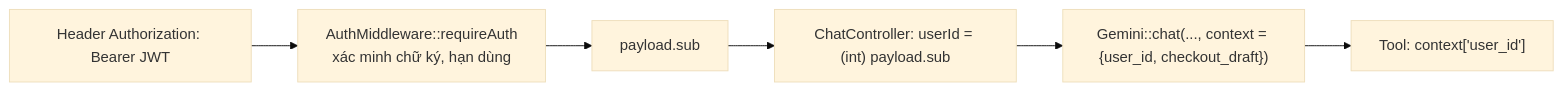
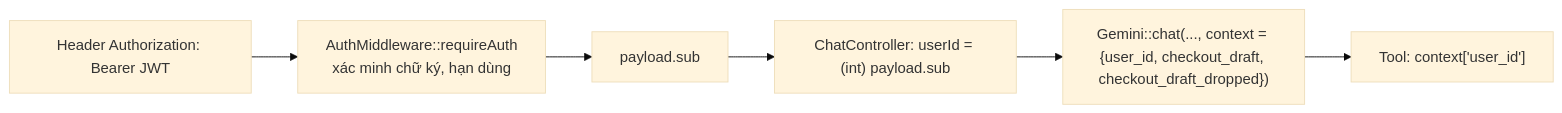
Before and after one commit to zdevlongnguz-blip/du-an-1: the third of 3 diagrams in docs/chat-ai/len-don-nhanh/04-tool-be.md, drawn with Mermaid (base theme). The commit also changed other lines of this file and 7 other files, not shown here.

````diff
--- a/docs/chat-ai/len-don-nhanh/04-tool-be.md
+++ b/docs/chat-ai/len-don-nhanh/04-tool-be.md
@@ -240,8 +273,8 @@
 ```mermaid
 flowchart LR
     H["Header Authorization: Bearer JWT"] --> M["AuthMiddleware::requireAuth<br/>xác minh chữ ký, hạn dùng"]
     M --> P["payload.sub"]
     P --> C["ChatController: userId = (int) payload.sub"]
-    C --> X["Gemini::chat(..., context = {user_id, checkout_draft})"]
+    C --> X["Gemini::chat(..., context = {user_id, checkout_draft, checkout_draft_dropped})"]
     X --> T["Tool: context['user_id']"]
 ```
````
